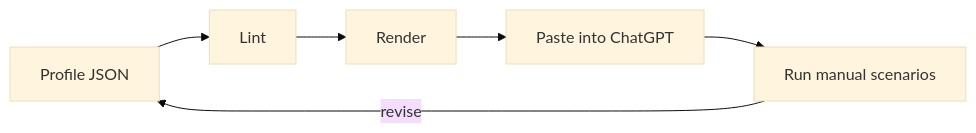
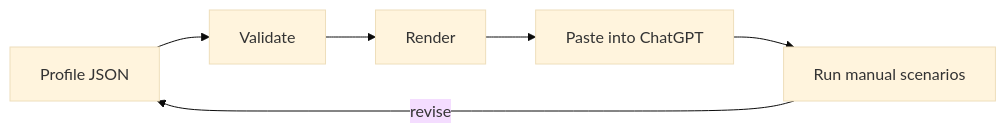
The diagram in README.md (man612/chatgpt-personalization), drawn with Mermaid (base theme) before and after one commit. The commit also changed other lines of this file and 9 other files, not shown here.

````diff
--- a/README.md
+++ b/README.md
@@ -34,8 +46,8 @@
 ```mermaid
 flowchart LR
-    A[Profile JSON] --> B[Lint]
+    A[Profile JSON] --> B[Validate]
     B --> C[Render]
     C --> D[Paste into ChatGPT]
     D --> E[Run manual scenarios]
     E -->|revise| A
 ```
````
